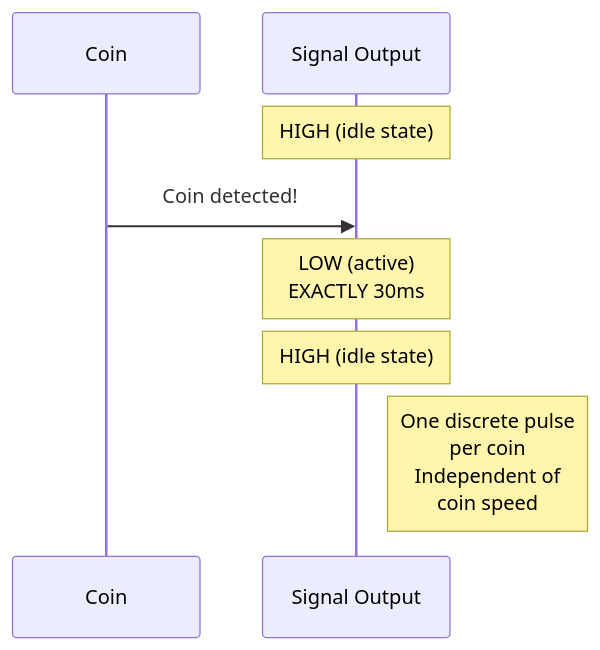
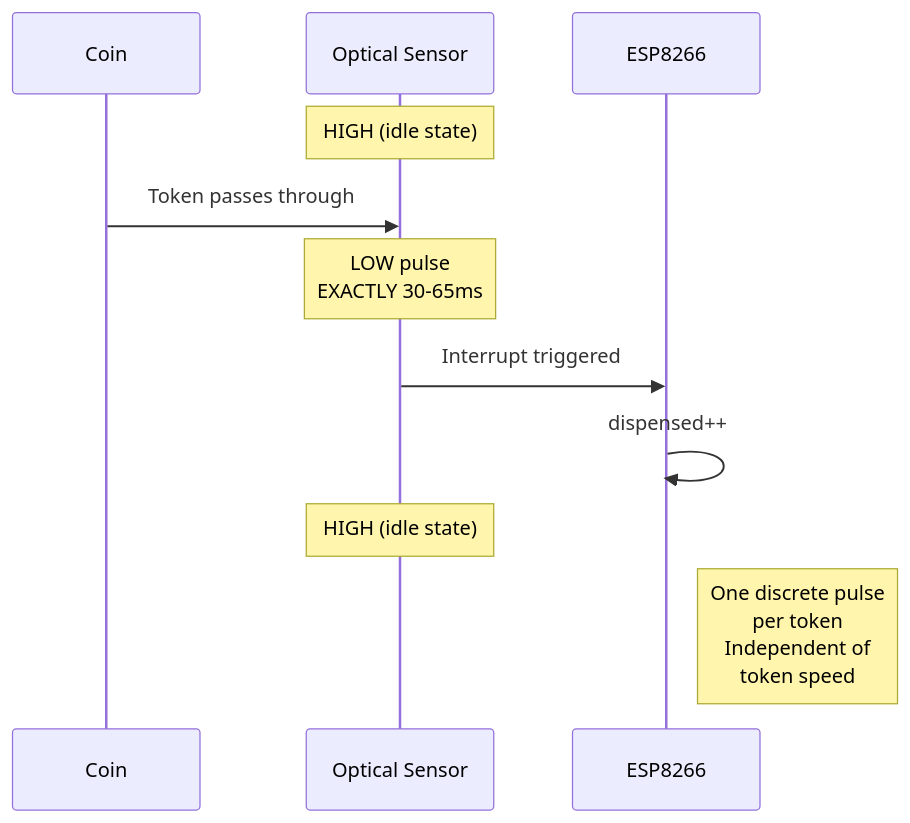
One commit to dgloeckner/remote-token-dispenser changed the sixth of 28 diagrams in ARCHITECTURE.md. Above: the diagram before and after it, drawn with Mermaid. The commit also changed other lines of this file, not shown here.

Commit message:
docs: update architecture docu

````diff
--- a/ARCHITECTURE.md
+++ b/ARCHITECTURE.md
@@ -306,12 +305,15 @@
 ```mermaid
 sequenceDiagram
     participant Coin
-    participant Signal as Signal Output
+    participant Sensor as Optical Sensor
+    participant ESP8266
 
-    Note over Signal: HIGH (idle state)
-    Coin->>Signal: Coin detected!
-    Note over Signal: LOW (active)<br/>EXACTLY 30ms
-    Note over Signal: HIGH (idle state)
+    Note over Sensor: HIGH (idle state)
+    Coin->>Sensor: Token passes through
+    Note over Sensor: LOW pulse<br/>EXACTLY 30-65ms
+    Sensor->>ESP8266: Interrupt triggered
+    ESP8266->>ESP8266: dispensed++
+    Note over Sensor: HIGH (idle state)
 
-    Note right of Signal: One discrete pulse<br/>per coin<br/>Independent of<br/>coin speed
+    Note right of ESP8266: One discrete pulse<br/>per token<br/>Independent of<br/>token speed
 ```
````
